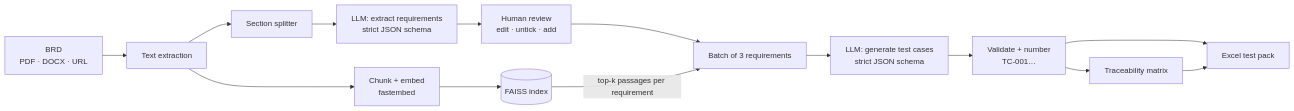
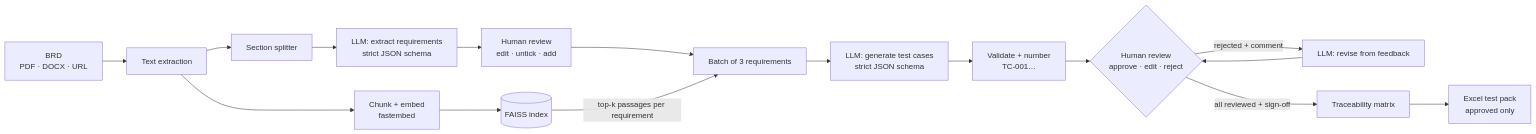
Before and after one commit to samramkumarqa/GenerativeAI: the diagram in README.md, drawn with Mermaid. The commit also changed other lines of this file and 7 other files, not shown here.

First line of the commit message:
Add human-in-the-loop review and approval before export

````diff
--- a/README.md
+++ b/README.md
@@ -22,16 +24,18 @@
 ```mermaid
 flowchart LR
     A[BRD<br/>PDF · DOCX · URL] --> B[Text extraction]
     B --> C[Section splitter]
     C --> D[LLM: extract requirements<br/>strict JSON schema]
     D --> E[Human review<br/>edit · untick · add]
     B --> F[Chunk + embed<br/>fastembed]
     F --> G[(FAISS index)]
     E --> H[Batch of 3 requirements]
     G -- top-k passages per requirement --> H
     H --> I[LLM: generate test cases<br/>strict JSON schema]
     I --> J[Validate + number<br/>TC-001…]
-    J --> K[Traceability matrix]
-    J --> L[Excel test pack]
-    K --> L
+    J --> R{Human review<br/>approve · edit · reject}
+    R -- rejected + comment --> V[LLM: revise from feedback]
+    V --> R
+    R -- all reviewed + sign-off --> K[Traceability matrix]
+    K --> L[Excel test pack<br/>approved only]
 ```
````
